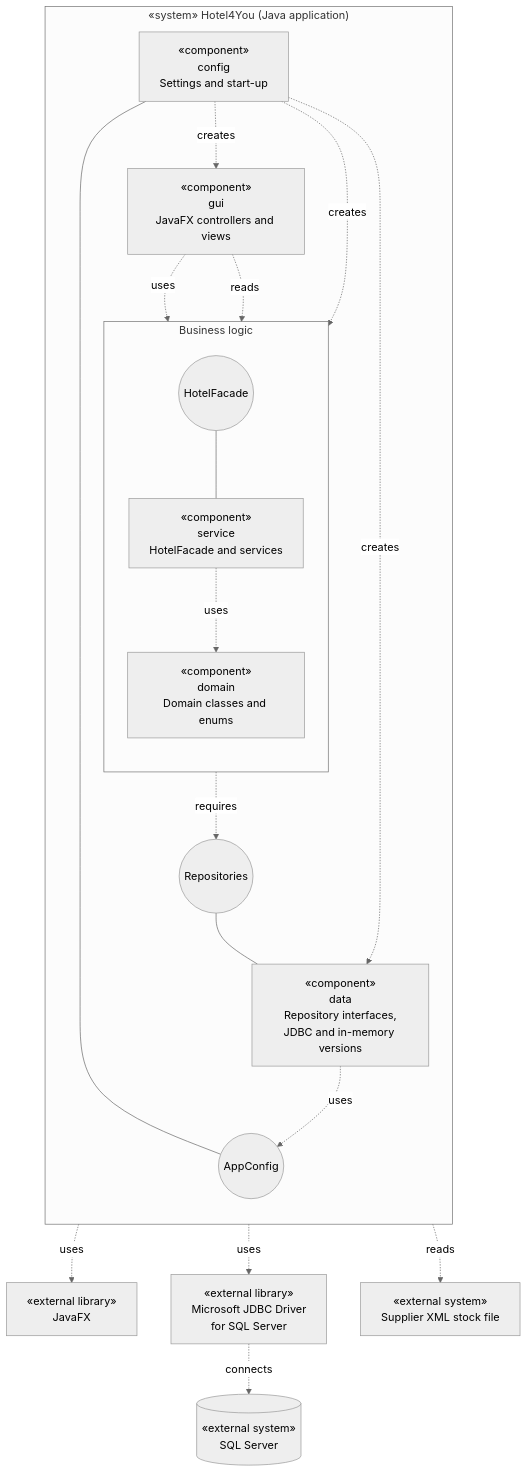
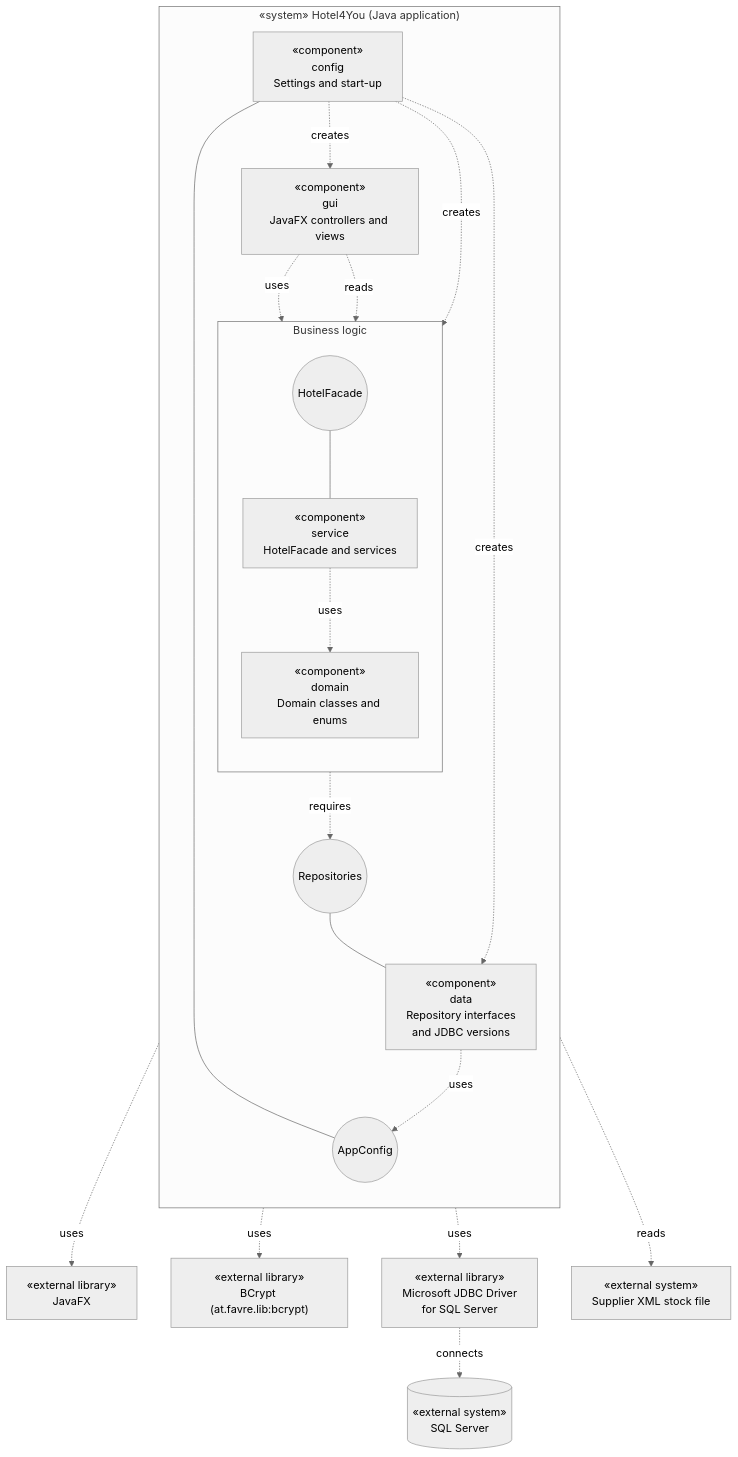
The diagram in docs/uml/component-diagram.md (BorjaTiago/hotel4you), drawn with Mermaid before and after one commit. The commit also changed other lines of this file and 5 other files, not shown here.

Commit message:
H4Y-32: update diagrams for login, hash and user repository

````diff
--- a/docs/uml/component-diagram.md
+++ b/docs/uml/component-diagram.md
@@ -19,41 +19,43 @@
 ```mermaid
 %%{init: {"theme":"neutral","fontFamily":"Arial"}}%%
 flowchart TB
     %% Requirements: RF-28; RNF-02, RNF-05, RNF-06, RNF-07, RNF-08, RNF-10, RNF-11, RNF-12.
     subgraph APP["«system» Hotel4You (Java application)"]
         direction TB
         GUI["«component»<br/>gui<br/>JavaFX controllers and views"]
         subgraph BL["Business logic"]
             direction TB
             FAC(("HotelFacade"))
             SVC["«component»<br/>service<br/>HotelFacade and services"]
             DOM["«component»<br/>domain<br/>Domain classes and enums"]
         end
         REPO(("Repositories"))
-        DATA["«component»<br/>data<br/>Repository interfaces,<br/>JDBC and in-memory versions"]
+        DATA["«component»<br/>data<br/>Repository interfaces<br/>and JDBC versions"]
         CFG["«component»<br/>config<br/>Settings and start-up"]
         SET(("AppConfig"))
     end
 
     JFX["«external library»<br/>JavaFX"]
+    BCRYPT["«external library»<br/>BCrypt (at.favre.lib:bcrypt)"]
     JDBC["«external library»<br/>Microsoft JDBC Driver<br/>for SQL Server"]
     DB[("«external system»<br/>SQL Server")]
     XML["«external system»<br/>Supplier XML stock file"]
 
     GUI -.->|uses| FAC
     GUI -.->|reads| DOM
     GUI -.->|uses| JFX
     FAC --- SVC
     SVC -.->|requires| REPO
     CFG --- SET
     SVC -.->|uses| DOM
     SVC -.->|reads| XML
+    SVC -.->|uses| BCRYPT
     REPO --- DATA
     DOM ~~~ DATA
     DATA -.->|uses| SET
     DATA -.->|uses| JDBC
     JDBC -.->|connects| DB
     CFG -.->|creates| GUI
     CFG -.->|creates| SVC
     CFG -.->|creates| DATA
 ```
````
